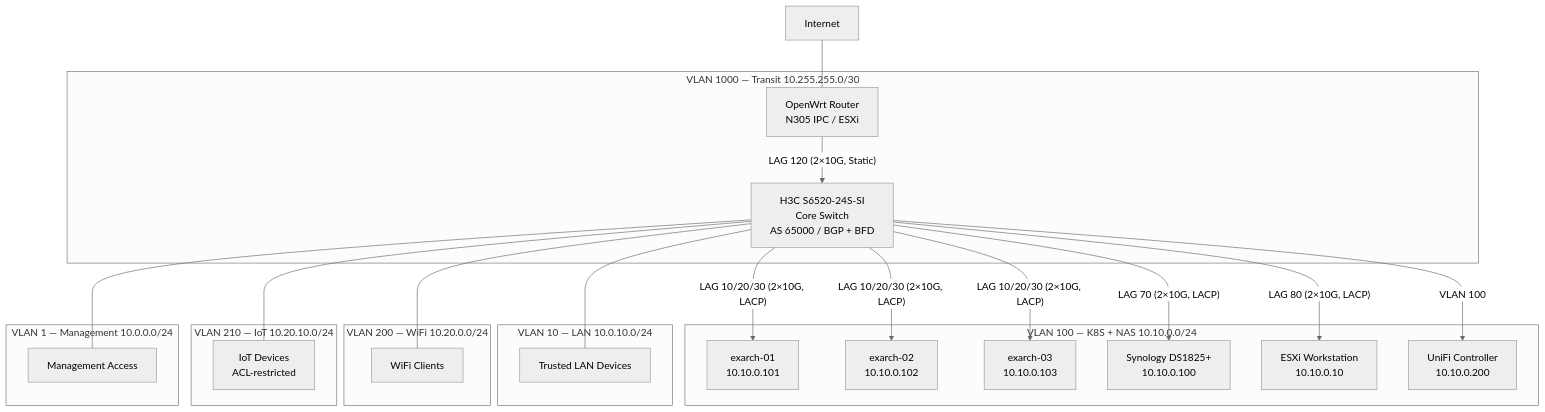
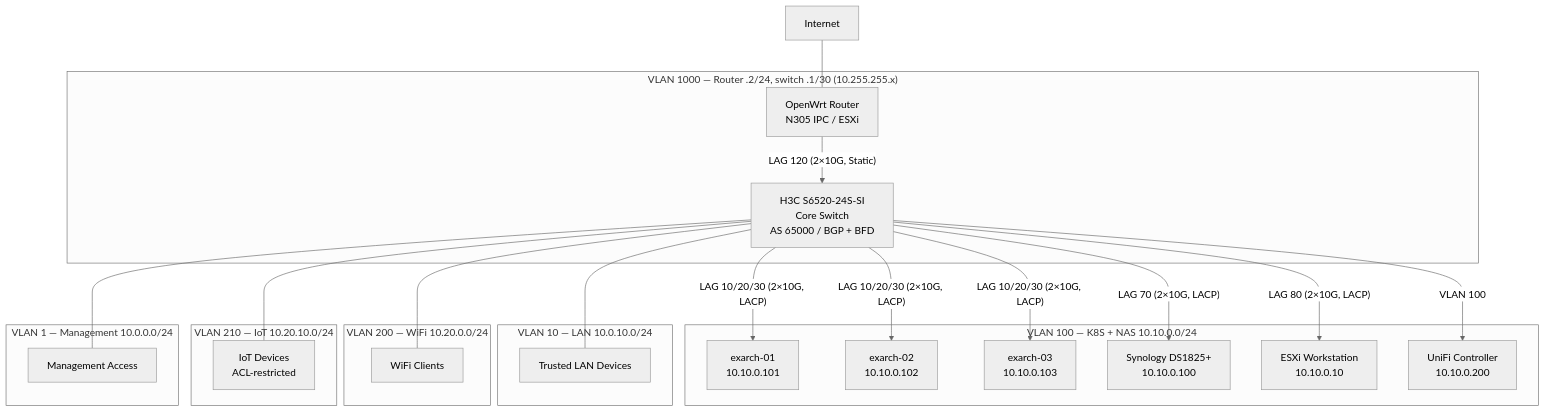
Before and after one commit to soulwhisper/home-ops: the diagram in docs/infrastructure/networking.md, drawn with Mermaid (neutral theme). The commit also changed other lines of this file and 1 other file, not shown here.

First line of the commit message:
fix(switch): match recovery settings to live H3C configuration

````diff
--- a/docs/infrastructure/networking.md
+++ b/docs/infrastructure/networking.md
@@ -45,43 +45,43 @@
 ```mermaid
 graph TD
     INTERNET["Internet"]
     ROUTER["OpenWrt Router<br/>N305 IPC / ESXi"]
     SWITCH["H3C S6520-24S-SI<br/>Core Switch<br/>AS 65000 / BGP + BFD"]
     NODE1["exarch-01<br/>10.10.0.101"]
     NODE2["exarch-02<br/>10.10.0.102"]
     NODE3["exarch-03<br/>10.10.0.103"]
     NAS["Synology DS1825+<br/>10.10.0.100"]
     WS["ESXi Workstation<br/>10.10.0.10"]
     UNIFI["UniFi Controller<br/>10.10.0.200"]
 
     INTERNET --- ROUTER
 
-    subgraph "VLAN 1000 — Transit 10.255.255.0/30"
+    subgraph "VLAN 1000 — Router .2/24, switch .1/30 (10.255.255.x)"
         ROUTER -->|"LAG 120 (2×10G, Static)"| SWITCH
     end
 
     subgraph "VLAN 100 — K8S + NAS 10.10.0.0/24"
         SWITCH -->|"LAG 10/20/30 (2×10G, LACP)"| NODE1
         SWITCH -->|"LAG 10/20/30 (2×10G, LACP)"| NODE2
         SWITCH -->|"LAG 10/20/30 (2×10G, LACP)"| NODE3
         SWITCH -->|"LAG 70 (2×10G, LACP)"| NAS
         SWITCH -->|"LAG 80 (2×10G, LACP)"| WS
         SWITCH -->|"VLAN 100"| UNIFI
     end
 
     subgraph "VLAN 10 — LAN 10.0.10.0/24"
         SWITCH --- LAN["Trusted LAN Devices"]
     end
 
     subgraph "VLAN 200 — WiFi 10.20.0.0/24"
         SWITCH --- WIFI["WiFi Clients"]
     end
 
     subgraph "VLAN 210 — IoT 10.20.10.0/24"
         SWITCH --- IOT["IoT Devices<br/>ACL-restricted"]
     end
 
     subgraph "VLAN 1 — Management 10.0.0.0/24"
         SWITCH --- MGMT["Management Access"]
     end
 ```
````
